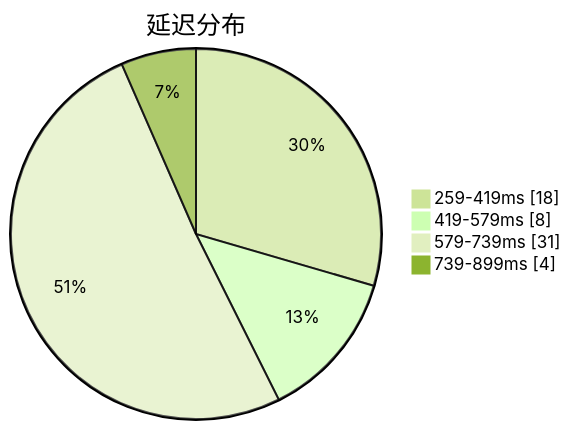
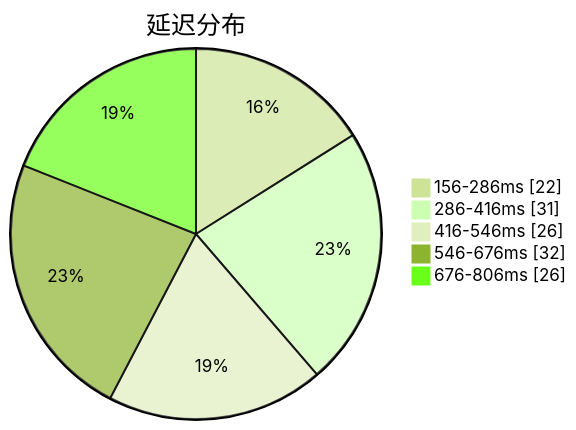
One commit to qjlxg/airport changed the first of 3 diagrams in subs/statistics/tested_within.md. Above: the diagram before and after it, drawn with Mermaid (forest theme). The commit also changed other lines of this file and 2 other files, not shown here.

````diff
--- a/subs/statistics/tested_within.md
+++ b/subs/statistics/tested_within.md
@@ -2,8 +2,9 @@
 ```mermaid
 pie showData
 title 延迟分布
-"259-419ms" : 18
-"419-579ms" : 8
-"579-739ms" : 31
-"739-899ms" : 4
+"156-286ms" : 22
+"286-416ms" : 31
+"416-546ms" : 26
+"546-676ms" : 32
+"676-806ms" : 26
 ```
````
